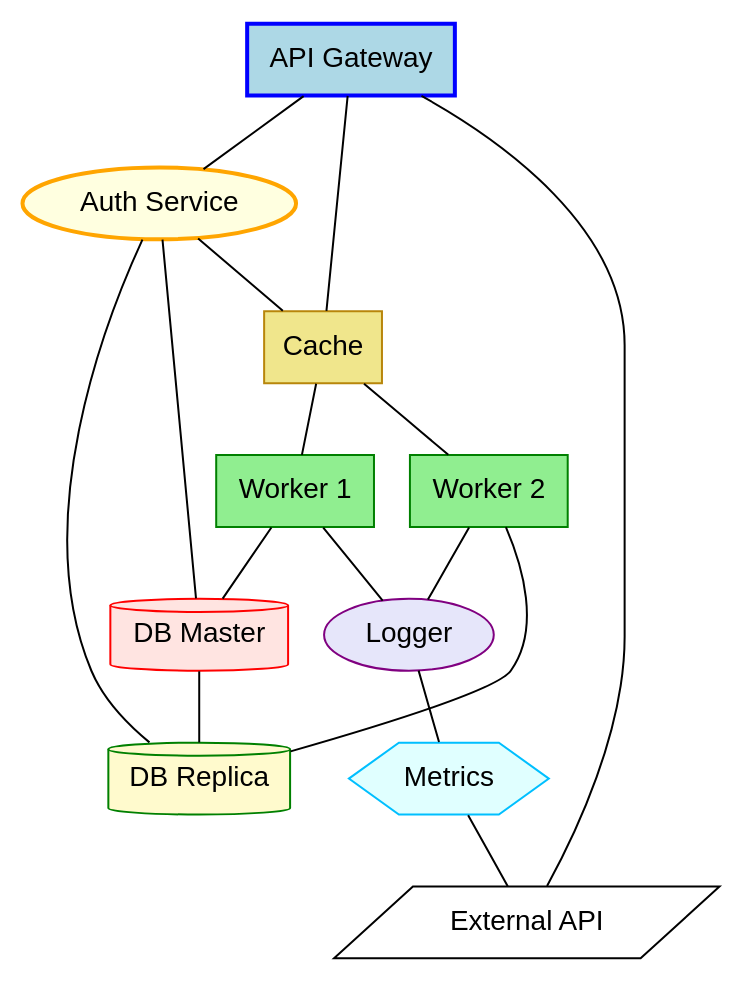
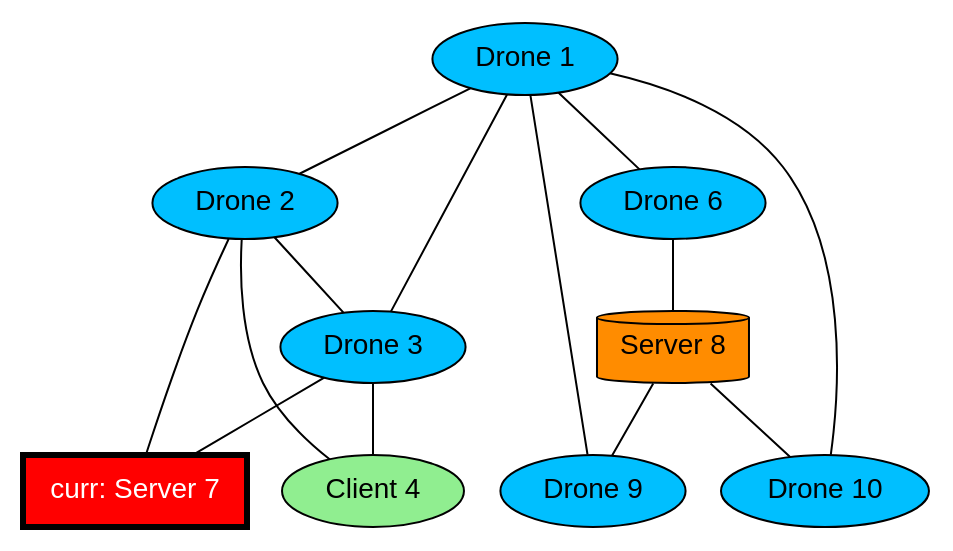
One commit to Beto-prog/Lab_progAvanzata changed the diagram in codice/network_init/grafo.dot. Above: the diagram before and after it, drawn with Graphviz. The commit also changed 3 other files, not shown here.

Commit message:
update to interface: added text in the graph (section 3 , started building the text exchange between client)

```diff
--- a/codice/network_init/grafo.dot
+++ b/codice/network_init/grafo.dot
@@ -1,35 +1,25 @@
-
-
-graph Topologia {
-    node [style=filled, fontname=Helvetica];
-
-    A [label="API Gateway", shape=box, fillcolor=lightblue, color=blue, penwidth=2];
-    B [label="Auth Service", shape=ellipse, fillcolor=lightyellow, color=orange, penwidth=2];
-    C [label="DB Master", shape=cylinder, fillcolor=mistyrose, color=red];
-    D [label="DB Replica", shape=cylinder, fillcolor=lemonchiffon, color=green];
-    E [label="Cache", shape=box, fillcolor=khaki, color=darkgoldenrod];
-    F [label="Worker 1", shape=box, fillcolor=lightgreen, color=green];
-    G [label="Worker 2", shape=box, fillcolor=lightgreen, color=green];
-    H [label="Logger", shape=ellipse, fillcolor=lavender, color=purple];
-    I [label="Metrics", shape=hexagon, fillcolor=lightcyan, color=deepskyblue];
-    J [label="External API", shape=parallelogram, fillcolor=white, color=black];
-
-    // Connessioni principali
-    A -- B;
-    A -- E;
-    B -- C;
-    B -- D;
-    B -- E;
-    E -- F;
-    E -- G;
-    F -- H;
-    G -- H;
-    H -- I;
-    A -- J;
-
-    // Connessioni extra per densità
-    F -- C;
-    G -- D;
-    I -- J;
-    C -- D;
+graph G {
+    node [fontname=Helvetica];
+    2 [label="Drone 2", fillcolor=deepskyblue, shape=ellipse, style=filled, penwidth=1, fontcolor=black];
+    3 [label="Drone 3", fillcolor=deepskyblue, shape=ellipse, style=filled, penwidth=1, fontcolor=black];
+    1 [label="Drone 1", fillcolor=deepskyblue, shape=ellipse, style=filled, penwidth=1, fontcolor=black];
+    9 [label="Drone 9", fillcolor=deepskyblue, shape=ellipse, style=filled, penwidth=1, fontcolor=black];
+    4 [label="Client 4", fillcolor=lightgreen, shape=oval, style=filled, penwidth=1, fontcolor=black];
+    8 [label="Server 8", fillcolor=darkorange, shape=cylinder, style=filled, penwidth=1, fontcolor=black];
+    7 [label="curr: Server 7", fillcolor=red, shape=box, style=filled, penwidth=3, fontcolor=white];
+    10 [label="Drone 10", fillcolor=deepskyblue, shape=ellipse, style=filled, penwidth=1, fontcolor=black];
+    6 [label="Drone 6", fillcolor=deepskyblue, shape=ellipse, style=filled, penwidth=1, fontcolor=black];
+    2 -- 4;
+    1 -- 2;
+    2 -- 7;
+    2 -- 3;
+    3 -- 7;
+    3 -- 4;
+    1 -- 3;
+    1 -- 10;
+    1 -- 6;
+    1 -- 9;
+    8 -- 9;
+    6 -- 8;
+    8 -- 10;
 }
```
